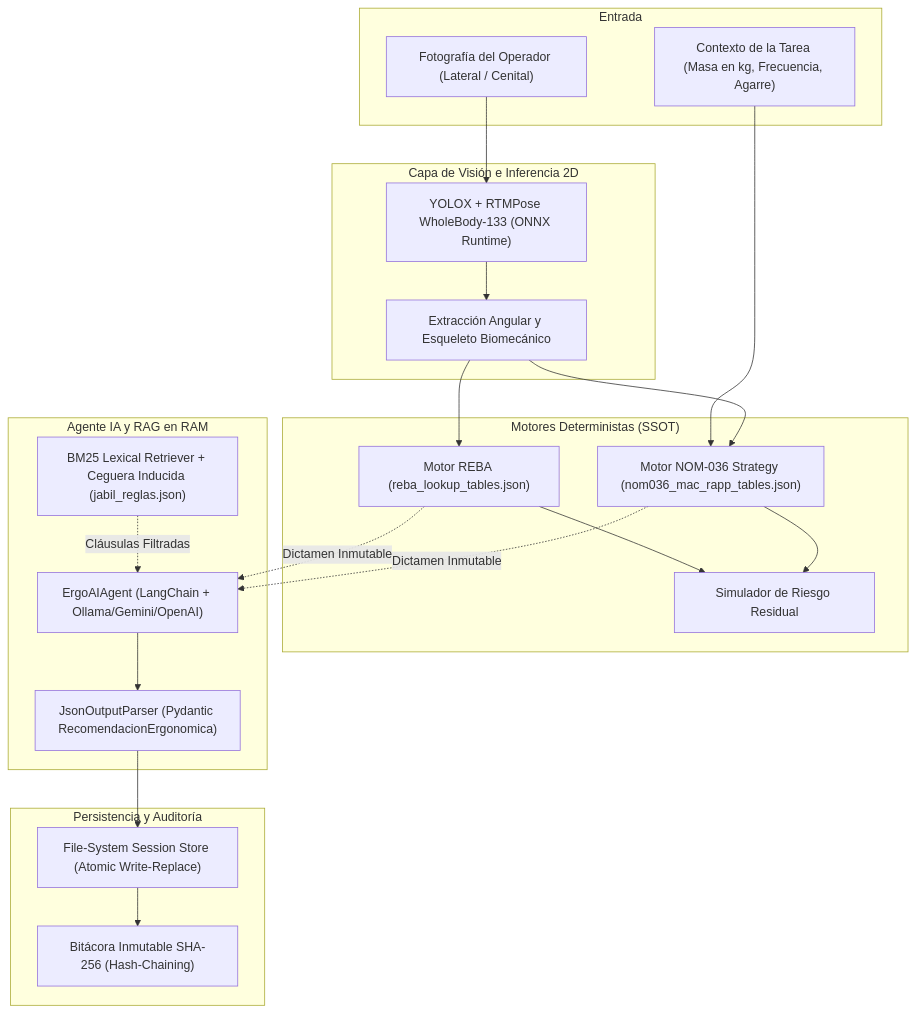
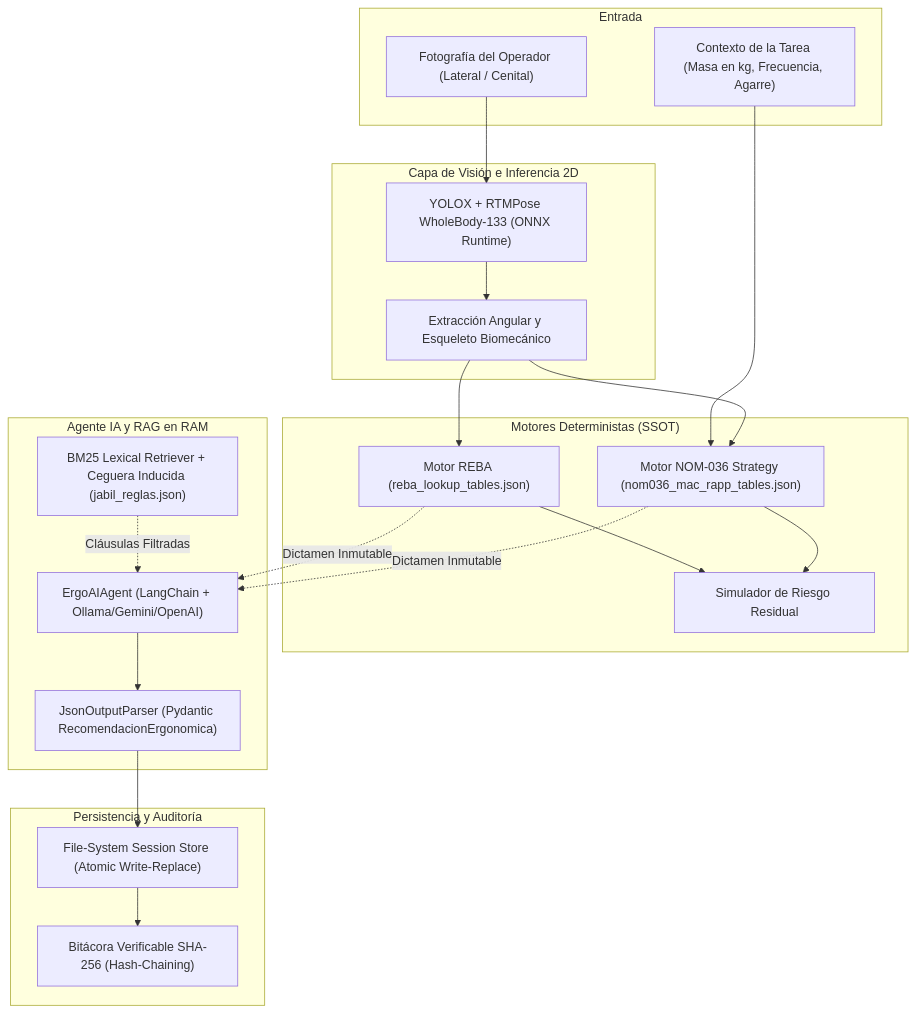
The diagram in docs/ARQUITECTURA_Y_GUIA_EJECUCION.md (sebastianpea/ErgoAI), drawn with Mermaid before and after one commit. The commit also changed other lines of this file and 70 other files, not shown here.

````diff
--- a/docs/ARQUITECTURA_Y_GUIA_EJECUCION.md
+++ b/docs/ARQUITECTURA_Y_GUIA_EJECUCION.md
@@ -75,41 +75,41 @@
 ```mermaid
 flowchart TD
     subgraph Entrada
         Foto["Fotografía del Operador (Lateral / Cenital)"]
         Contexto["Contexto de la Tarea (Masa en kg, Frecuencia, Agarre)"]
     end
 
     subgraph "Capa de Visión e Inferencia 2D"
         ONNX["YOLOX + RTMPose WholeBody-133 (ONNX Runtime)"]
         Geometria["Extracción Angular y Esqueleto Biomecánico"]
     end
 
     subgraph "Motores Deterministas (SSOT)"
         REBA["Motor REBA (reba_lookup_tables.json)"]
         NOM["Motor NOM-036 Strategy (nom036_mac_rapp_tables.json)"]
         Residual["Simulador de Riesgo Residual"]
     end
 
     subgraph "Agente IA y RAG en RAM"
         RAG["BM25 Lexical Retriever + Ceguera Inducida (jabil_reglas.json)"]
         LLM["ErgoAIAgent (LangChain + Ollama/Gemini/OpenAI)"]
         Parser["JsonOutputParser (Pydantic RecomendacionErgonomica)"]
     end
 
     subgraph "Persistencia y Auditoría"
         ZeroDB["File-System Session Store (Atomic Write-Replace)"]
-        Ledger["Bitácora Inmutable SHA-256 (Hash-Chaining)"]
+        Ledger["Bitácora Verificable SHA-256 (Hash-Chaining)"]
     end
 
     Foto --> ONNX --> Geometria
     Contexto --> NOM
     Geometria --> REBA
     Geometria --> NOM
     REBA --> Residual
     NOM --> Residual
     REBA -. Dictamen Inmutable .-> LLM
     NOM -. Dictamen Inmutable .-> LLM
     RAG -. Cláusulas Filtradas .-> LLM
     LLM --> Parser --> ZeroDB
     ZeroDB --> Ledger
 ```
````
